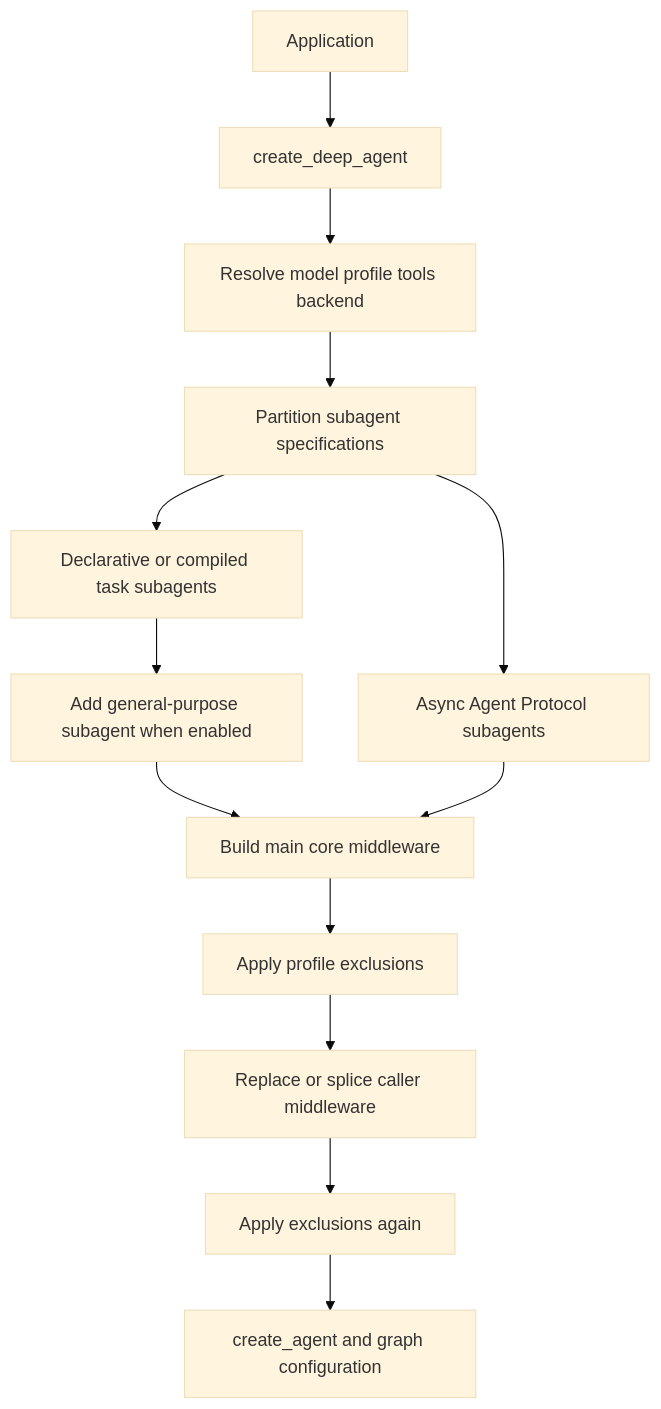
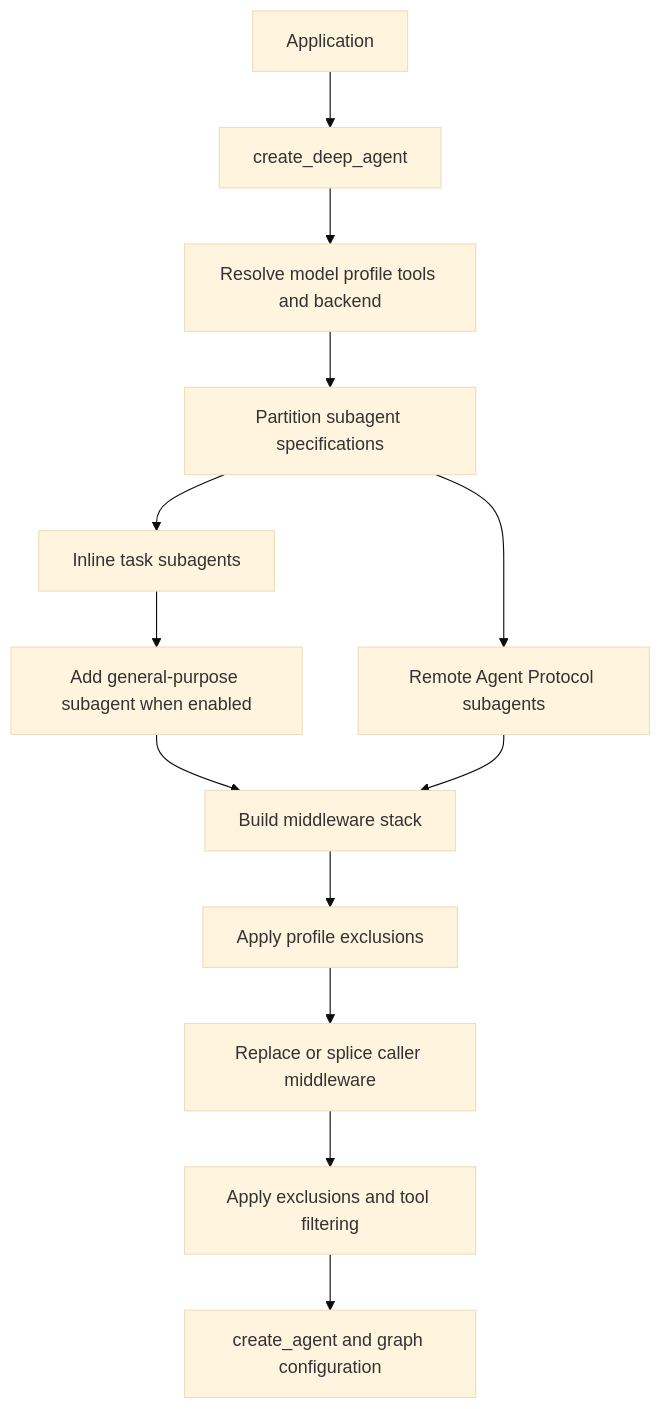
Before and after one commit to langchain-ai/deepagents: the first of 3 diagrams in openwiki/architecture/sdk-construction-execution.md, drawn with Mermaid (base theme). The commit also changed other lines of this file and 69 other files, not shown here.

````diff
--- a/openwiki/architecture/sdk-construction-execution.md
+++ b/openwiki/architecture/sdk-construction-execution.md
@@ -49,15 +51,15 @@
 ```mermaid
 flowchart TD
     App["Application"] --> Build["create_deep_agent"]
-    Build --> Resolve["Resolve model profile tools backend"]
-    Resolve --> Split["Partition subagent specifications"]
-    Split --> Inline["Declarative or compiled task subagents"]
-    Split --> Remote["Async Agent Protocol subagents"]
-    Inline --> GP["Add general-purpose subagent when enabled"]
-    GP --> Core["Build main core middleware"]
-    Remote --> Core
-    Core --> ExcludeOne["Apply profile exclusions"]
-    ExcludeOne --> Custom["Replace or splice caller middleware"]
-    Custom --> ExcludeTwo["Apply exclusions again"]
-    ExcludeTwo --> Compile["create_agent and graph configuration"]
+    Build --> Resolve["Resolve model profile tools and backend"]
+    Resolve --> Partition["Partition subagent specifications"]
+    Partition --> Inline["Inline task subagents"]
+    Partition --> Remote["Remote Agent Protocol subagents"]
+    Inline --> General["Add general-purpose subagent when enabled"]
+    General --> Stack["Build middleware stack"]
+    Remote --> Stack
+    Stack --> FilterOne["Apply profile exclusions"]
+    FilterOne --> Custom["Replace or splice caller middleware"]
+    Custom --> FilterTwo["Apply exclusions and tool filtering"]
+    FilterTwo --> Compile["create_agent and graph configuration"]
 ```
````
